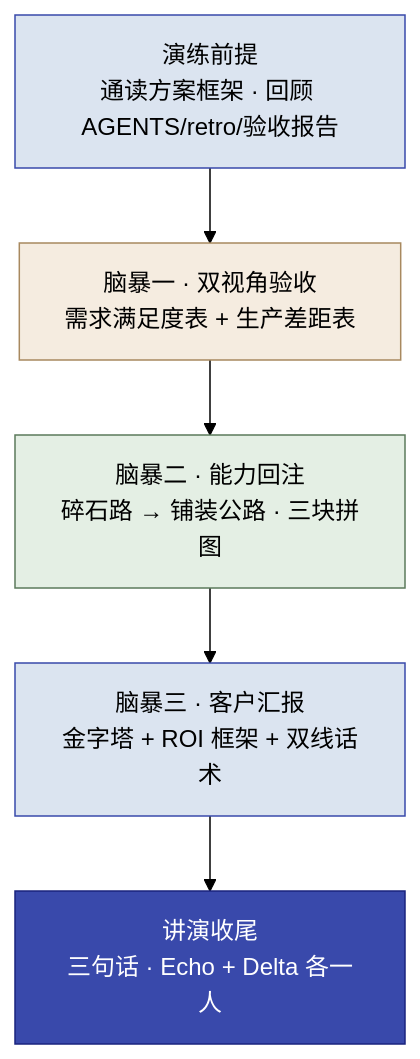
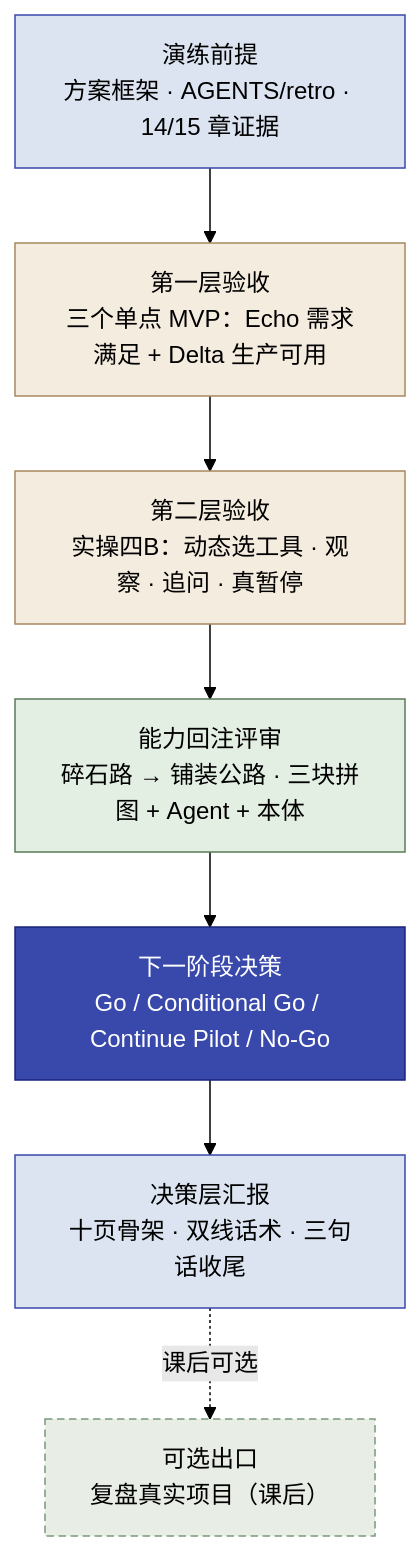
One commit to cloudzun/fde-102 changed the diagram in textbook/第16章_实操五_全团队交付与决策层汇报.md. Above: the diagram before and after it, drawn with Mermaid (forest theme). The commit also changed other lines of this file and 2 other files, not shown here.

Commit message:
第16章重构为'综合证据评审、能力回注与决策层汇报'（两层验收：三场景双视角+实操四B六维；下一阶段决策Go/Conditional Go/Continue Pilot/No-Go带依据风险责任人Gate；十页汇报骨架含支持申请；AI使用边界判断归人AI仅辅助；数据出域口径改模拟数据边界+本地回填；课后可选复盘真实项目出口；DoD/反模式/小结/练习/收口话同步），AGENTS.md核心主线补实操四B与复盘真实项目

````diff
--- a/textbook/第16章_实操五_全团队交付与决策层汇报.md
+++ b/textbook/第16章_实操五_全团队交付与决策层汇报.md
@@ -52,14 +56,19 @@
 ```mermaid
 flowchart TB
-    PRE["演练前提<br/>通读方案框架 · 回顾 AGENTS/retro/验收报告"]
-    B1["脑暴一 · 双视角验收<br/>需求满足度表 + 生产差距表"]
-    B2["脑暴二 · 能力回注<br/>碎石路 → 铺装公路 · 三块拼图"]
-    B3["脑暴三 · 客户汇报<br/>金字塔 + ROI 框架 + 双线话术"]
-    FIN["讲演收尾<br/>三句话 · Echo + Delta 各一人"]
-    PRE --> B1 --> B2 --> B3 --> FIN
+    PRE["演练前提<br/>方案框架 · AGENTS/retro · 14/15 章证据"]
+    L1["第一层验收<br/>三个单点 MVP：Echo 需求满足 + Delta 生产可用"]
+    L2["第二层验收<br/>实操四B：动态选工具 · 观察 · 追问 · 真暂停"]
+    R["能力回注评审<br/>碎石路 → 铺装公路 · 三块拼图 + Agent + 本体"]
+    D["下一阶段决策<br/>Go / Conditional Go / Continue Pilot / No-Go"]
+    REP["决策层汇报<br/>十页骨架 · 双线话术 · 三句话收尾"]
+    OPT["可选出口<br/>复盘真实项目（课后）"]
+    PRE --> L1 --> L2 --> R --> D --> REP
+    REP -.课后可选.-> OPT
     style PRE fill:#dbe4f0,stroke:#3949ab
-    style B1 fill:#f5ece0,stroke:#a8895f
-    style B2 fill:#e4efe4,stroke:#5b7a5b
-    style B3 fill:#dbe4f0,stroke:#3949ab
-    style FIN fill:#3949ab,color:#fff,stroke:#1a237e
+    style L1 fill:#f5ece0,stroke:#a8895f
+    style L2 fill:#f5ece0,stroke:#a8895f
+    style R fill:#e4efe4,stroke:#5b7a5b
+    style D fill:#3949ab,color:#fff,stroke:#1a237e
+    style REP fill:#dbe4f0,stroke:#3949ab
+    style OPT fill:#e8ede5,stroke:#7a9a7a,stroke-dasharray:5 3
 ```
````
